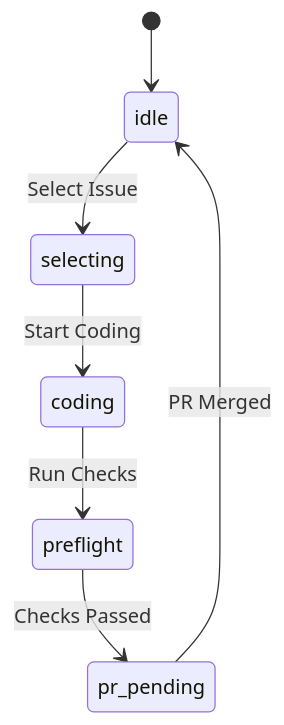
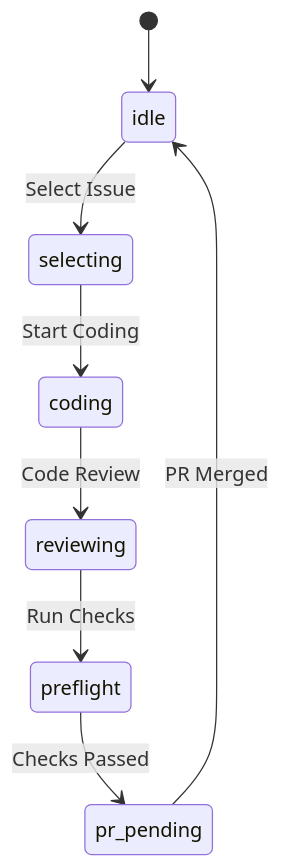
The second of 2 diagrams in README.md (oatrice/Luma), drawn with Mermaid before and after one commit. The commit also changed other lines of this file and 1 other file, not shown here.

````diff
--- a/README.md
+++ b/README.md
@@ -52,9 +52,10 @@
 ```mermaid
 stateDiagram-v2
     [*] --> idle
     idle --> selecting: Select Issue
     selecting --> coding: Start Coding
-    coding --> preflight: Run Checks
+    coding --> reviewing: Code Review
+    reviewing --> preflight: Run Checks
     preflight --> pr_pending: Checks Passed
     pr_pending --> idle: PR Merged
 ```
````
